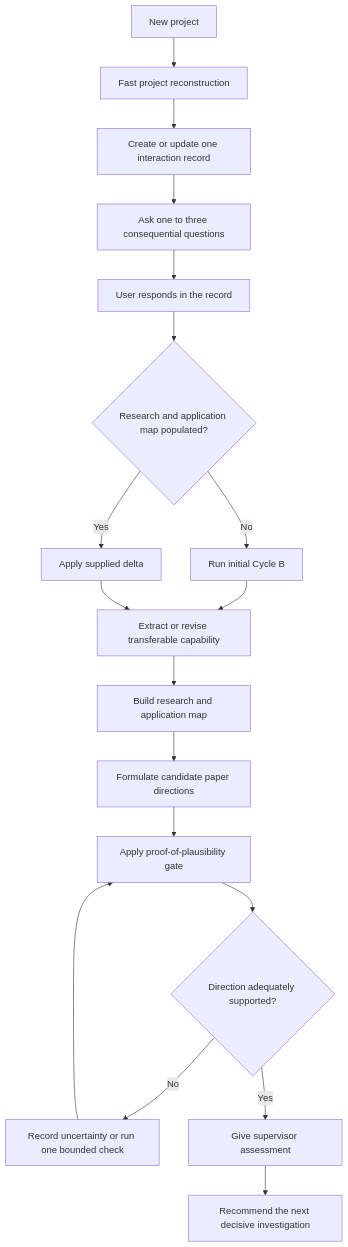
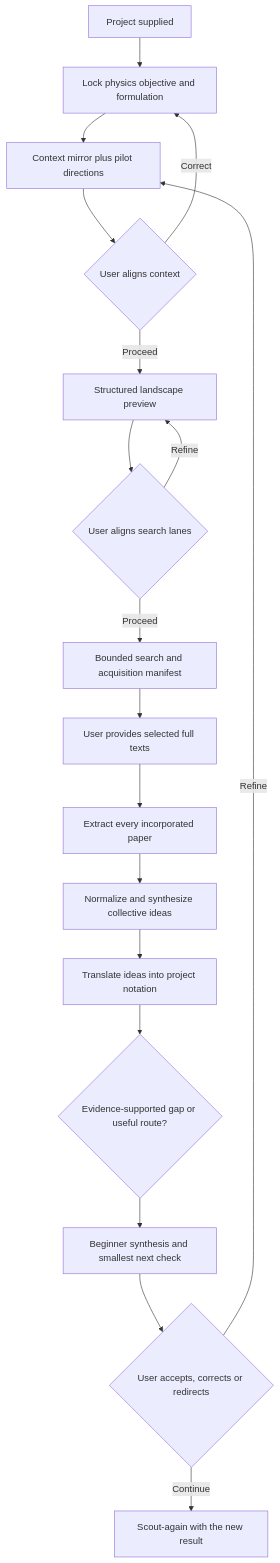
Before and after one commit to geekybobz/research-context-scout: the first of 4 diagrams in README.md, drawn with Mermaid. The commit also changed other lines of this file and 23 other files, not shown here.

First line of the commit message:
feat(scout): harden evidence-gated research workflow

````diff
--- a/README.md
+++ b/README.md
@@ -133,20 +169,20 @@
 ```mermaid
 flowchart TD
-    A["New project"] --> B["Fast project reconstruction"]
-    B --> C["Create or update one interaction record"]
-    C --> D["Ask one to three consequential questions"]
-    D --> E["User responds in the record"]
-    E --> X{"Research and application map populated?"}
-    X -- "No" --> F["Run initial Cycle B"]
-    X -- "Yes" --> Q["Apply supplied delta"]
-    F --> G["Extract or revise transferable capability"]
-    Q --> G
-    G --> H["Build research and application map"]
-    H --> I["Formulate candidate paper directions"]
-    I --> J["Apply proof-of-plausibility gate"]
-    J --> K{"Direction adequately supported?"}
-    K -- "No" --> L["Record uncertainty or run one bounded check"]
-    L --> J
-    K -- "Yes" --> M["Give supervisor assessment"]
-    M --> N["Recommend the next decisive investigation"]
+    A["Project supplied"] --> B["Lock physics objective and formulation"]
+    B --> C["Context mirror plus pilot directions"]
+    C --> D{"User aligns context"}
+    D -- "Correct" --> B
+    D -- "Proceed" --> E["Structured landscape preview"]
+    E --> F{"User aligns search lanes"}
+    F -- "Refine" --> E
+    F -- "Proceed" --> G["Bounded search and acquisition manifest"]
+    G --> H["User provides selected full texts"]
+    H --> I["Extract every incorporated paper"]
+    I --> J["Normalize and synthesize collective ideas"]
+    J --> K["Translate ideas into project notation"]
+    K --> L{"Evidence-supported gap or useful route?"}
+    L --> M["Beginner synthesis and smallest next check"]
+    M --> N{"User accepts, corrects or redirects"}
+    N -- "Refine" --> C
+    N -- "Continue" --> O["Scout-again with the new result"]
 ```
````
